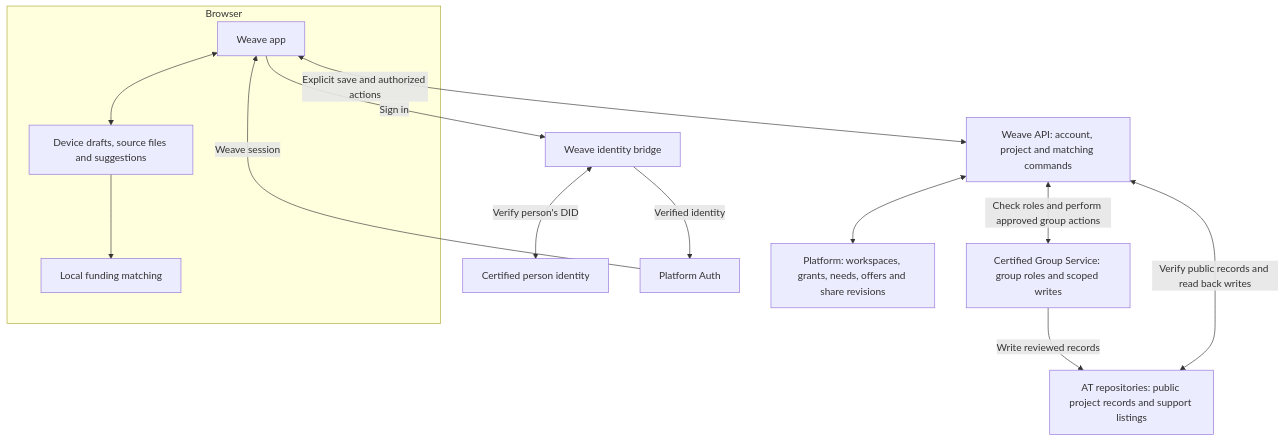
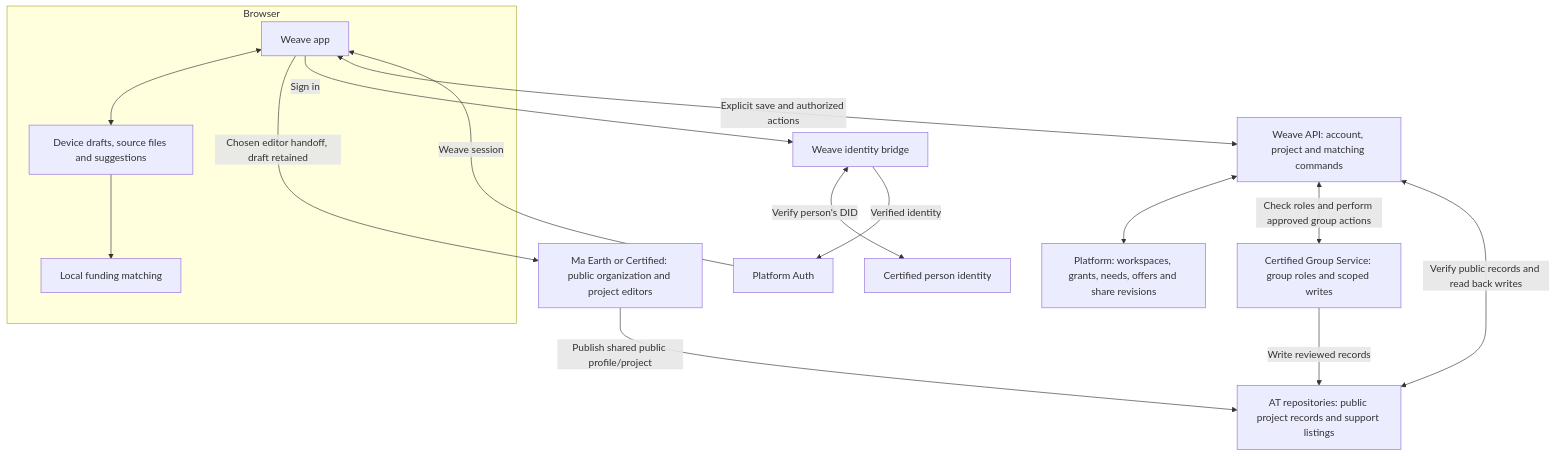
One commit to regen-commons/weave changed the first of 10 diagrams in docs/platform/03-logical-architecture.md. Above: the diagram before and after it, drawn with Mermaid. The commit also changed other lines of this file and 5 other files, not shown here.

Commit message:
docs(platform): use external public project editors

````diff
--- a/docs/platform/03-logical-architecture.md
+++ b/docs/platform/03-logical-architecture.md
@@ -19,26 +19,29 @@
 ```mermaid
 flowchart TB
   subgraph Device["Browser"]
     draft["Device drafts, source files and suggestions"]
     app["Weave app"]
     funding["Local funding matching"]
     app <--> draft
     draft --> funding
   end
   certified["Certified person identity"]
   bridge["Weave identity bridge"]
   auth["Platform Auth"]
   api["Weave API: account, project and matching commands"]
   platform["Platform: workspaces, grants, needs, offers and share revisions"]
   groupService["Certified Group Service: group roles and scoped writes"]
+  editors["Ma Earth or Certified: public organization and project editors"]
   repo["AT repositories: public project records and support listings"]
+  app -->|"Chosen editor handoff, draft retained"| editors
+  editors -->|"Publish shared public profile/project"| repo
   app -->|"Sign in"| bridge
   bridge <-->|"Verify person's DID"| certified
   bridge -->|"Verified identity"| auth
   auth -->|"Weave session"| app
   app <-->|"Explicit save and authorized actions"| api
   api <--> platform
   api <-->|"Check roles and perform approved group actions"| groupService
   groupService -->|"Write reviewed records"| repo
   api <-->|"Verify public records and read back writes"| repo
 ```
````
